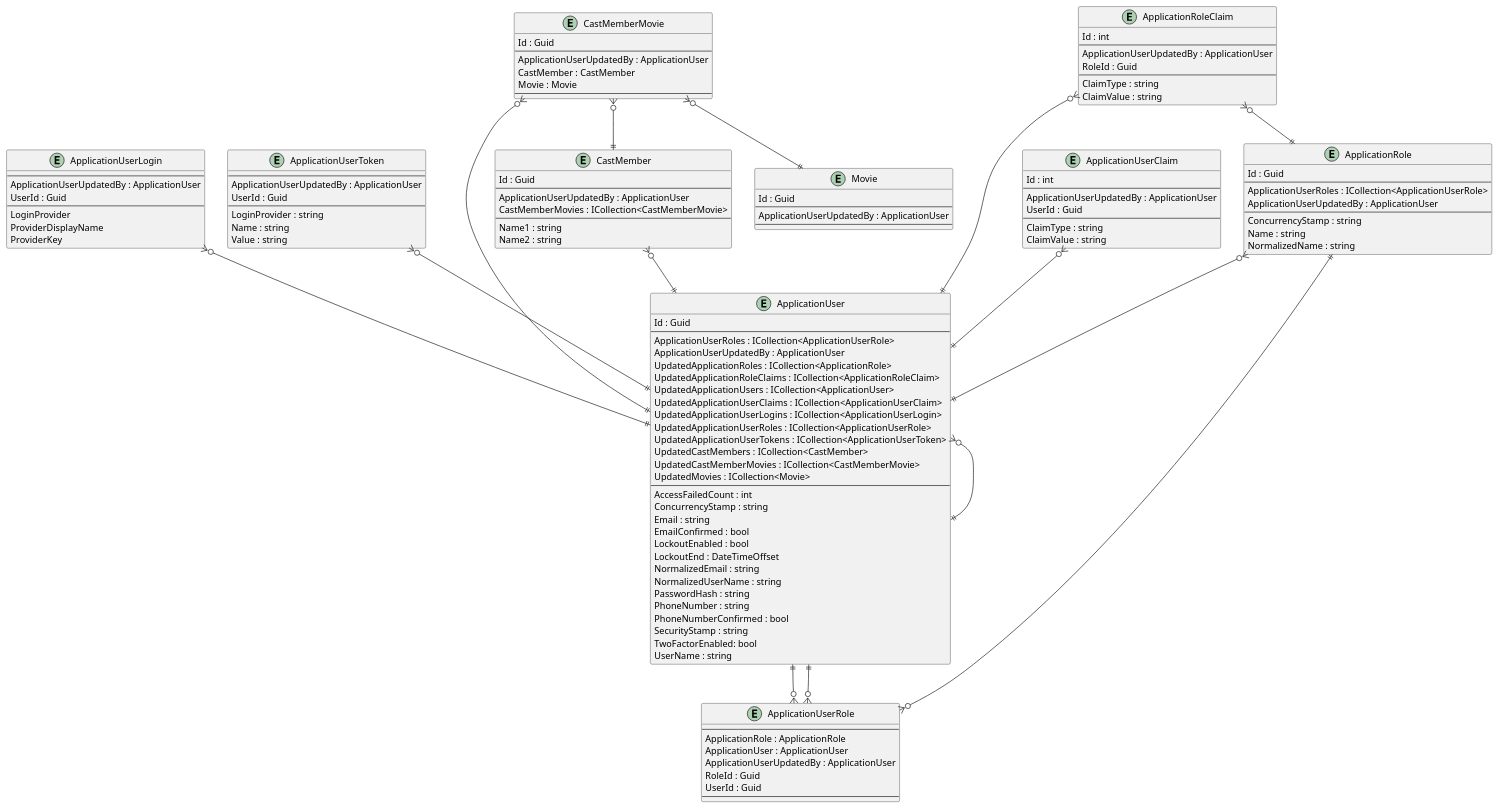
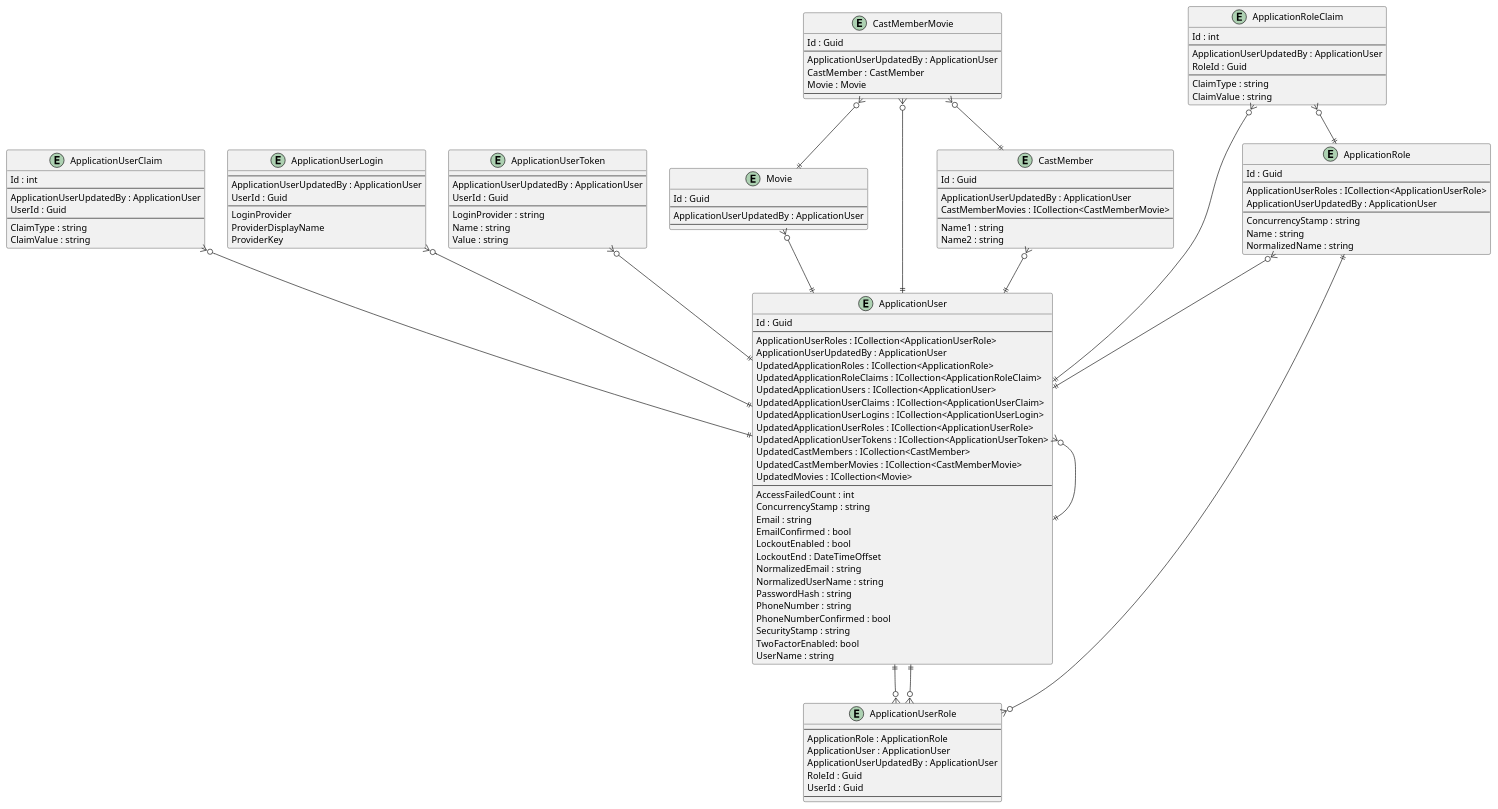
Before and after one commit to intrepion/BlazorWebAppMovies: the diagram in .docs/BlazorWebAppMovies.pu, drawn with PlantUML.

Commit message:
gawk -i inplace "{ gsub(/' RelationshipCodePlaceholder/, \"Movie }o--|| ApplicationUser\n' RelationshipCodePlaceholder\") }; { print }" .docs/BlazorWebAppMovies.pu

```diff
--- a/.docs/BlazorWebAppMovies.pu
+++ b/.docs/BlazorWebAppMovies.pu
@@ -1,148 +1,149 @@
 @startuml
 
 entity ApplicationRole {
     Id : Guid
     --
     ApplicationUserRoles : ICollection<ApplicationUserRole>
     ApplicationUserUpdatedBy : ApplicationUser
     --
     ConcurrencyStamp : string
     Name : string
     NormalizedName : string
 }
 
 entity ApplicationRoleClaim {
     Id : int
     --
     ApplicationUserUpdatedBy : ApplicationUser
     RoleId : Guid
     --
     ClaimType : string
     ClaimValue : string
 }
 
 entity ApplicationUser {
     Id : Guid
     --
     ApplicationUserRoles : ICollection<ApplicationUserRole>
     ApplicationUserUpdatedBy : ApplicationUser
     UpdatedApplicationRoles : ICollection<ApplicationRole>
     UpdatedApplicationRoleClaims : ICollection<ApplicationRoleClaim>
     UpdatedApplicationUsers : ICollection<ApplicationUser>
     UpdatedApplicationUserClaims : ICollection<ApplicationUserClaim>
     UpdatedApplicationUserLogins : ICollection<ApplicationUserLogin>
     UpdatedApplicationUserRoles : ICollection<ApplicationUserRole>
     UpdatedApplicationUserTokens : ICollection<ApplicationUserToken>
     UpdatedCastMembers : ICollection<CastMember>
     UpdatedCastMemberMovies : ICollection<CastMemberMovie>
     UpdatedMovies : ICollection<Movie>
     ' ApplicationUserKeyCodePlaceholder
     --
     AccessFailedCount : int
     ConcurrencyStamp : string
     Email : string
     EmailConfirmed : bool
     LockoutEnabled : bool
     LockoutEnd : DateTimeOffset
     NormalizedEmail : string
     NormalizedUserName : string
     PasswordHash : string
     PhoneNumber : string
     PhoneNumberConfirmed : bool
     SecurityStamp : string
     TwoFactorEnabled: bool
     UserName : string
 }
 
 entity ApplicationUserClaim {
     Id : int
     --
     ApplicationUserUpdatedBy : ApplicationUser
     UserId : Guid
     --
     ClaimType : string
     ClaimValue : string
 }
 
 entity ApplicationUserLogin {
     --
     ApplicationUserUpdatedBy : ApplicationUser
     UserId : Guid
     --
     LoginProvider
     ProviderDisplayName
     ProviderKey
 }
 
 entity ApplicationUserRole {
     --
     ApplicationRole : ApplicationRole
     ApplicationUser : ApplicationUser
     ApplicationUserUpdatedBy : ApplicationUser
     RoleId : Guid
     UserId : Guid
     --
 }
 
 entity ApplicationUserToken {
     --
     ApplicationUserUpdatedBy : ApplicationUser
     UserId : Guid
     --
     LoginProvider : string
     Name : string
     Value : string
 }
 
 entity CastMember {
     Id : Guid
     --
     ApplicationUserUpdatedBy : ApplicationUser
     CastMemberMovies : ICollection<CastMemberMovie>
     ' CastMemberKeyCodePlaceholder
     --
     Name1 : string
     Name2 : string
     ' CastMemberPropertyCodePlaceholder
 }
 
 entity CastMemberMovie {
     Id : Guid
     --
     ApplicationUserUpdatedBy : ApplicationUser
     CastMember : CastMember
     Movie : Movie
     ' CastMemberMovieKeyCodePlaceholder
     --
     ' CastMemberMoviePropertyCodePlaceholder
 }
 
 entity Movie {
     Id : Guid
     --
     ApplicationUserUpdatedBy : ApplicationUser
     ' MovieKeyCodePlaceholder
     --
     ' MoviePropertyCodePlaceholder
 }
 
 ' EntityCodePlaceholder
 
 ApplicationRole ||--o{ ApplicationUserRole
 ApplicationRole }o--|| ApplicationUser
 ApplicationRoleClaim }o--|| ApplicationRole
 ApplicationRoleClaim }o--|| ApplicationUser
 ApplicationUser }o--|| ApplicationUser
 ApplicationUser ||--o{ ApplicationUserRole
 ApplicationUserClaim }o--|| ApplicationUser
 ApplicationUserLogin }o--|| ApplicationUser
 ApplicationUserRole }o--|| ApplicationUser
 ApplicationUserToken }o--|| ApplicationUser
 
 CastMember }o--|| ApplicationUser
 CastMemberMovie }o--|| ApplicationUser
 CastMemberMovie }o--|| CastMember
 CastMemberMovie }o--|| Movie
+Movie }o--|| ApplicationUser
 ' RelationshipCodePlaceholder
 
 @enduml
```
